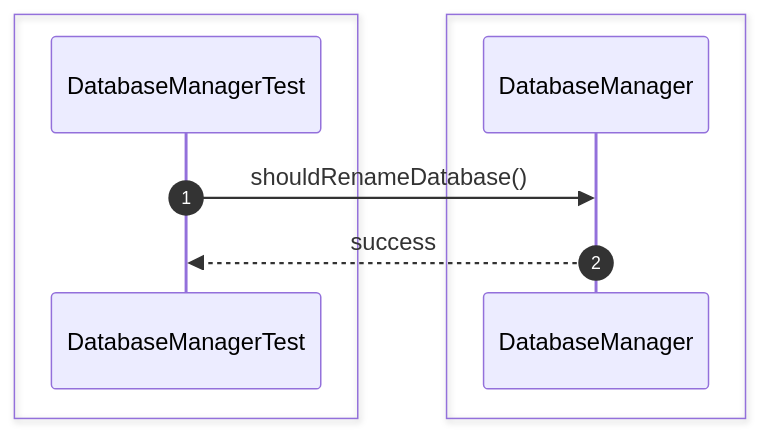
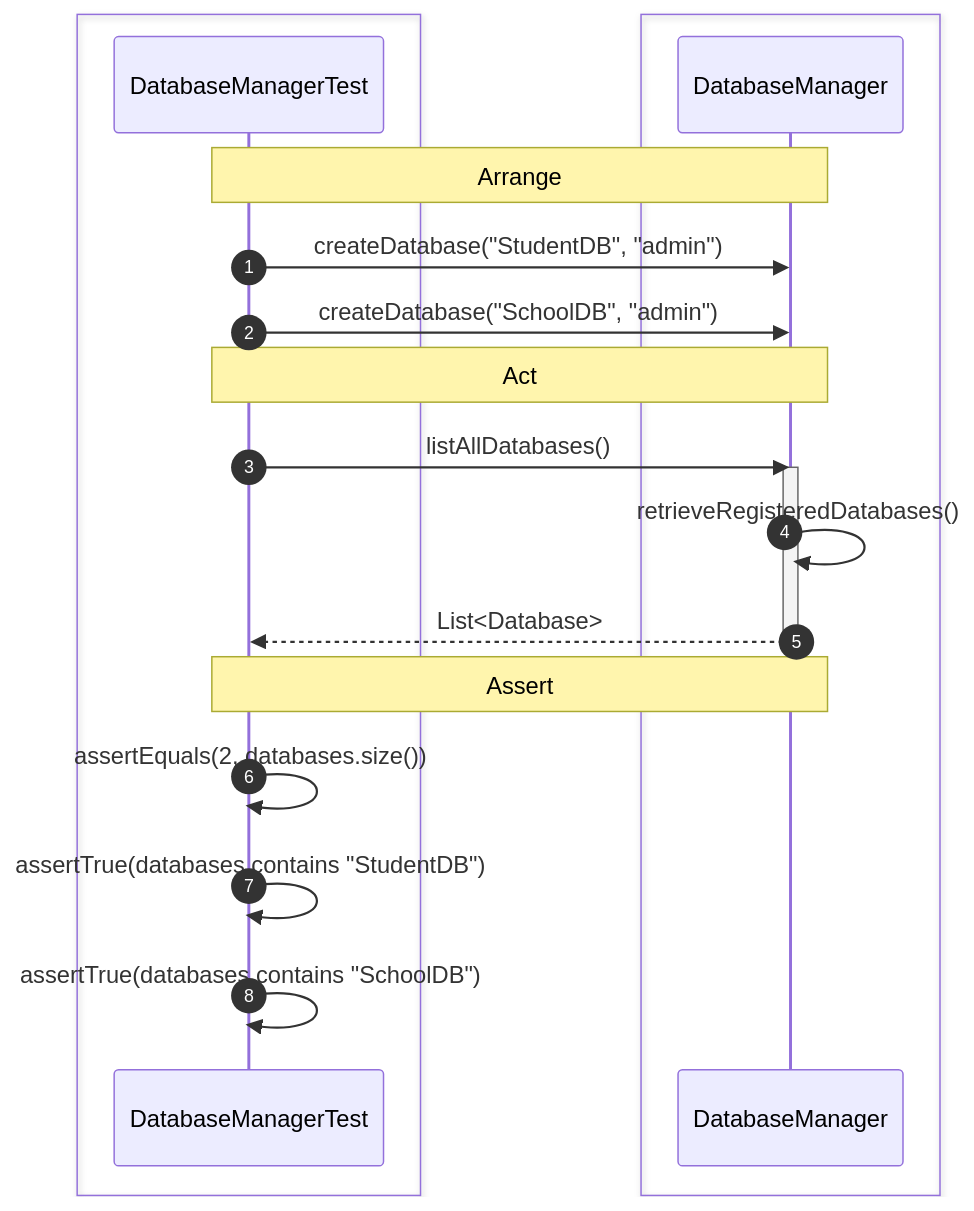
Diagram 13 of 46 in docs/sequence/db-server.md (Huy1801214/dbms-architecture), drawn with Mermaid before and after one commit. The commit also changed other lines of this file and 7 other files, not shown here.

Commit message:
Done Unit test for database manager

````diff
--- a/docs/sequence/db-server.md
+++ b/docs/sequence/db-server.md
@@ -158,13 +289,32 @@
 ```mermaid
 sequenceDiagram
     autonumber
+
     box #e1f5fe Test Suite
     participant Test as DatabaseManagerTest
     end
+
     box #e3f2fd DatabaseManager Component
     participant DM as DatabaseManager
     end
 
-    Test->>DM: shouldRenameDatabase()
-    DM-->>Test: success
+    Note over Test,DM: Arrange
+    Test->>DM: createDatabase("StudentDB", "admin")
+    Test->>DM: createDatabase("SchoolDB", "admin")
+
+    Note over Test,DM: Act
+    Test->>DM: listAllDatabases()
+
+    activate DM
+
+    DM->>DM: retrieveRegisteredDatabases()
+
+    DM-->>Test: List<Database>
+
+    deactivate DM
+
+    Note over Test,DM: Assert
+    Test->>Test: assertEquals(2, databases.size())
+    Test->>Test: assertTrue(databases contains "StudentDB")
+    Test->>Test: assertTrue(databases contains "SchoolDB")
 ```
````
